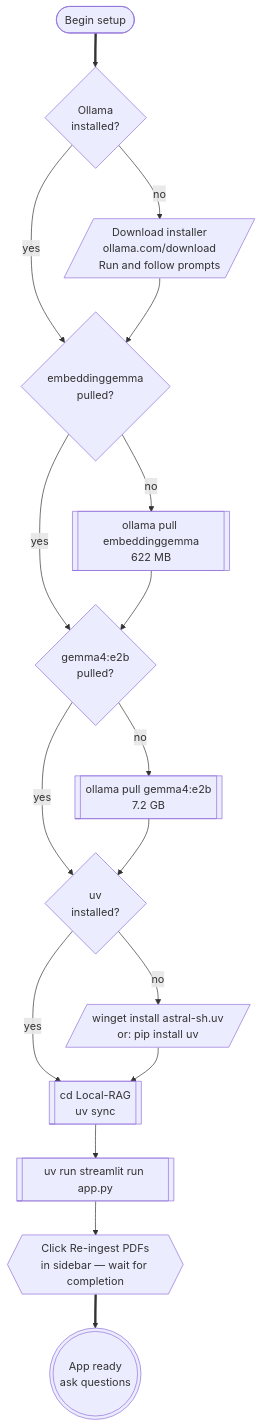
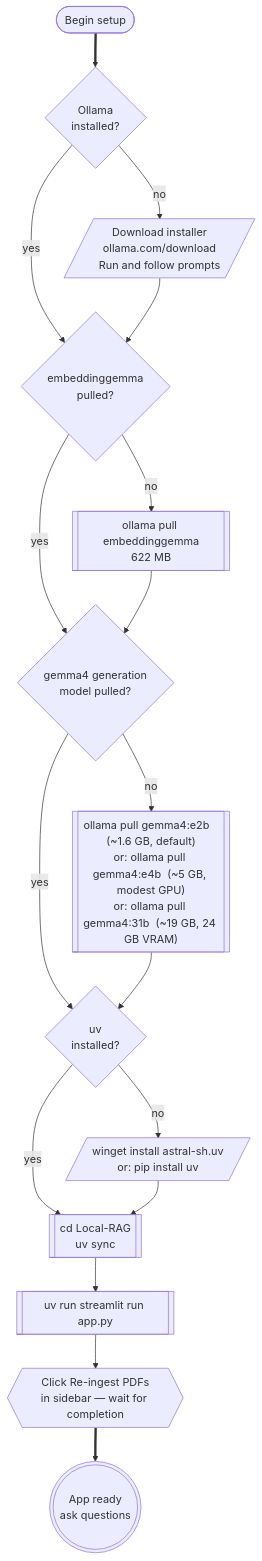
Before and after one commit to AWDubs/Local-RAG: the first of 3 diagrams in docs/implementation/setup.md, drawn with Mermaid. The commit also changed other lines of this file and 19 other files, not shown here.

````diff
--- a/docs/implementation/setup.md
+++ b/docs/implementation/setup.md
@@ -9,41 +9,41 @@
 ```mermaid
 flowchart TD
     accTitle: First-time setup decision tree
     accDescr: Walks through installing Ollama, pulling the two models, syncing the uv environment, and launching the Streamlit app.
 
     begin_n@{ shape: stadium, label: "Begin setup" }
 
     q_ollama@{ shape: diam, label: "Ollama\ninstalled?" }
     install_ollama@{ shape: lean-r, label: "Download installer\nollama.com/download\nRun and follow prompts" }
 
     q_embed@{ shape: diam, label: "embeddinggemma\npulled?" }
     pull_embed@{ shape: subproc, label: "ollama pull embeddinggemma\n622 MB" }
 
-    q_gen@{ shape: diam, label: "gemma4:e2b\npulled?" }
-    pull_gen@{ shape: subproc, label: "ollama pull gemma4:e2b\n7.2 GB" }
+    q_gen@{ shape: diam, label: "gemma4 generation\nmodel pulled?" }
+    pull_gen@{ shape: subproc, label: "ollama pull gemma4:e2b   (~1.6 GB, default)\nor: ollama pull gemma4:e4b  (~5 GB, modest GPU)\nor: ollama pull gemma4:31b  (~19 GB, 24 GB VRAM)" }
 
     q_uv@{ shape: diam, label: "uv\ninstalled?" }
     install_uv@{ shape: lean-r, label: "winget install astral-sh.uv\nor: pip install uv" }
 
     sync_n@{ shape: subproc, label: "cd Local-RAG\nuv sync" }
     run_n@{ shape: subproc, label: "uv run streamlit run app.py" }
     ingest_n@{ shape: hex, label: "Click Re-ingest PDFs\nin sidebar — wait for completion" }
     ready_n@{ shape: dbl-circ, label: "App ready\nask questions" }
 
     begin_n ==> q_ollama
     q_ollama -- "no" --> install_ollama
     q_ollama -- "yes" --> q_embed
     install_ollama --> q_embed
     q_embed -- "no" --> pull_embed
     q_embed -- "yes" --> q_gen
     pull_embed --> q_gen
     q_gen -- "no" --> pull_gen
     q_gen -- "yes" --> q_uv
     pull_gen --> q_uv
     q_uv -- "no" --> install_uv
     q_uv -- "yes" --> sync_n
     install_uv --> sync_n
     sync_n --> run_n
     run_n --> ingest_n
     ingest_n ==> ready_n
 ```
````
